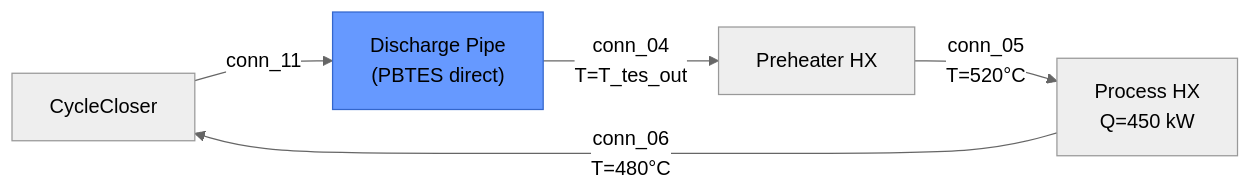
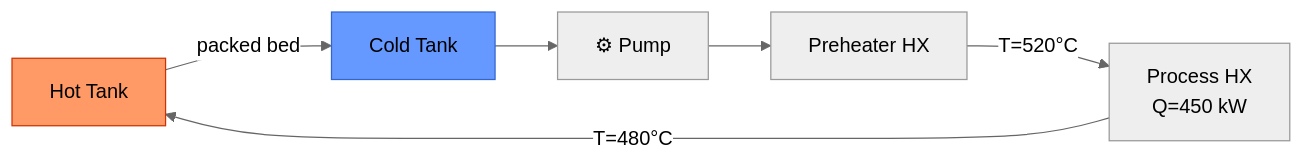
One commit to iwolde/pbtes-sim changed diagram 11 of 17 in insumos paper/PLANT_LAYOUTS_AND_MODES.md. Above: the diagram before and after it, drawn with Mermaid (neutral theme). The commit also changed other lines of this file and 1 other file, not shown here.

Commit message:
docs: Rewrite plant layouts with corrected Mode 5, 2-tank direct, pumps

````diff
--- a/insumos paper/PLANT_LAYOUTS_AND_MODES.md
+++ b/insumos paper/PLANT_LAYOUTS_AND_MODES.md
@@ -363,9 +405,11 @@
 ```mermaid
 graph LR
-    CC["CycleCloser"] -->|conn_11| PIPE["Discharge Pipe<br/>(PBTES direct)"]
-    PIPE -->|conn_04<br/>T=T_tes_out| PH["Preheater HX"]
-    PH -->|conn_05<br/>T=520°C| PR["Process HX<br/>Q=450 kW"]
-    PR -->|conn_06<br/>T=480°C| CC
+    HT["Hot Tank"] -->|"packed bed"| CT["Cold Tank"]
+    CT --> P1["⚙ Pump"]
+    P1 --> PH["Preheater HX"]
+    PH -->|"T=520°C"| PR["Process HX<br/>Q=450 kW"]
+    PR -->|"T=480°C"| HT
 
-    style PIPE fill:#69f,stroke:#36c
+    style HT fill:#f96,stroke:#c30
+    style CT fill:#69f,stroke:#36c
 ```
````
